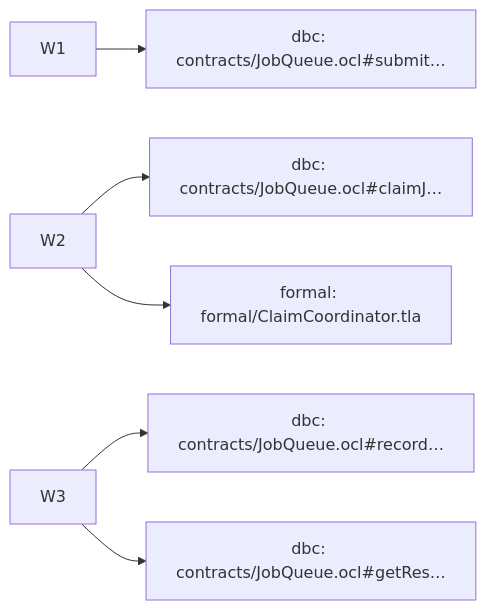
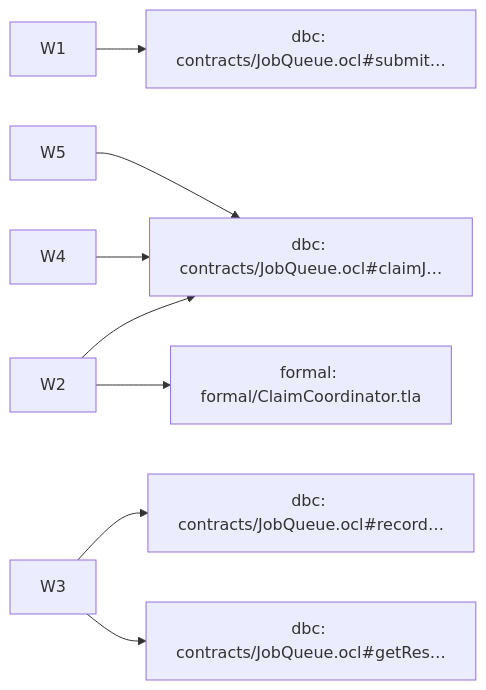
One commit to naokirin/solid_sdd changed the third of 3 diagrams in examples/job-queue-exclusive-claim/.solidsdd/changes/establish-job-queue/report.md. Above: the diagram before and after it, drawn with Mermaid. The commit also changed other lines of this file and 9 other files, not shown here.

````diff
--- a/examples/job-queue-exclusive-claim/.solidsdd/changes/establish-job-queue/report.md
+++ b/examples/job-queue-exclusive-claim/.solidsdd/changes/establish-job-queue/report.md
@@ -176,16 +203,20 @@
 ```mermaid
 flowchart LR
   W1["W1"]
   W2["W2"]
   W3["W3"]
+  W4["W4"]
+  W5["W5"]
   dbc1["dbc: contracts/JobQueue.ocl#claimJ…"]
   dbc2["dbc: contracts/JobQueue.ocl#getRes…"]
   dbc3["dbc: contracts/JobQueue.ocl#record…"]
   dbc4["dbc: contracts/JobQueue.ocl#submit…"]
   formal1["formal: formal/ClaimCoordinator.tla"]
   W1 --> dbc4
   W2 --> dbc1
+  W4 --> dbc1
+  W5 --> dbc1
   W2 --> formal1
   W3 --> dbc3
   W3 --> dbc2
 ```
````
